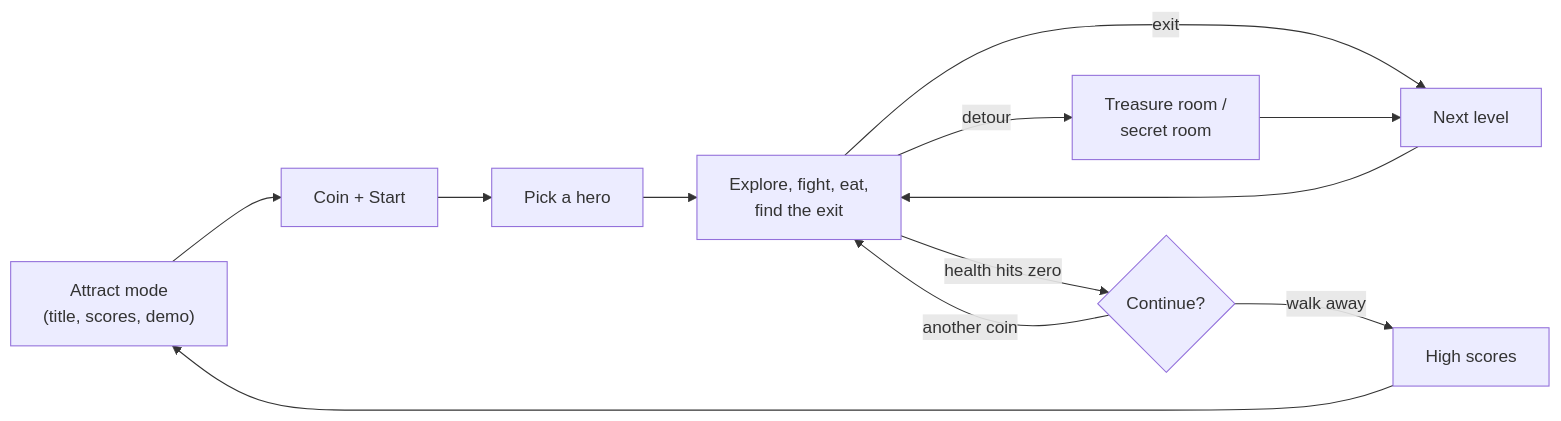
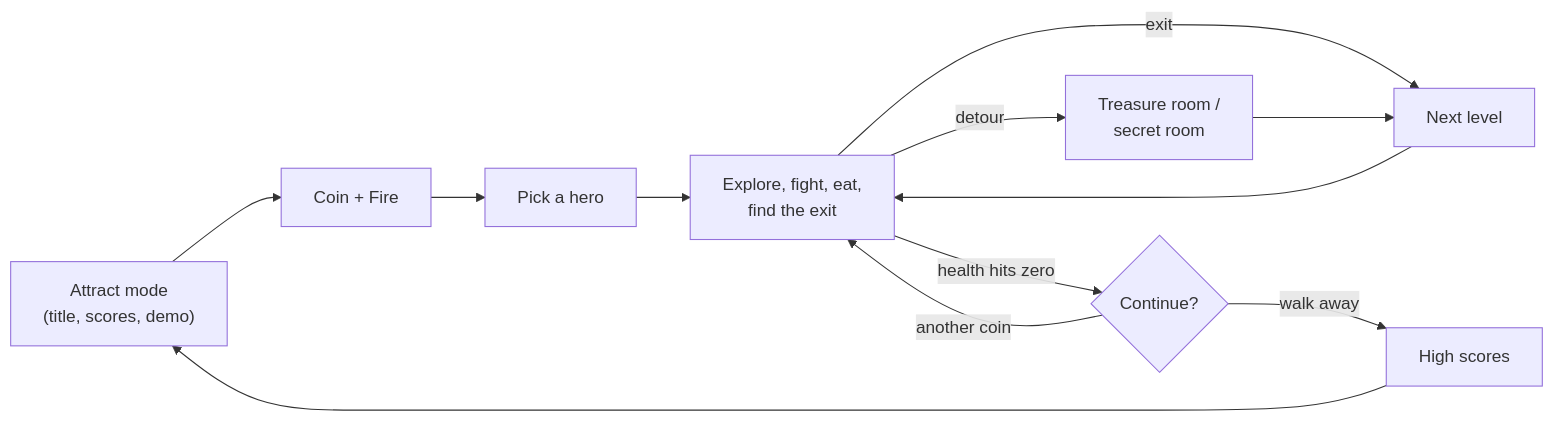
The diagram in book/01_how_to_play.md (alinsavix/gauntlet-gamerom-ai-reveng), drawn with Mermaid before and after one commit. The commit also changed other lines of this file and 3 other files, not shown here.

````diff
--- a/book/01_how_to_play.md
+++ b/book/01_how_to_play.md
@@ -145,14 +134,14 @@
 ```mermaid
 flowchart LR
-    attract["Attract mode<br/>(title, scores, demo)"] --> coin["Coin + Start"]
+    attract["Attract mode<br/>(title, scores, demo)"] --> coin["Coin + Fire"]
     coin --> pick["Pick a hero"]
     pick --> play["Explore, fight, eat,<br/>find the exit"]
     play -- "exit" --> next["Next level"]
     next --> play
     play -- "detour" --> bonus["Treasure room /<br/>secret room"]
     bonus --> next
     play -- "health hits zero" --> cont{"Continue?"}
     cont -- "another coin" --> play
     cont -- "walk away" --> gameover["High scores"]
     gameover --> attract
 ```
````
